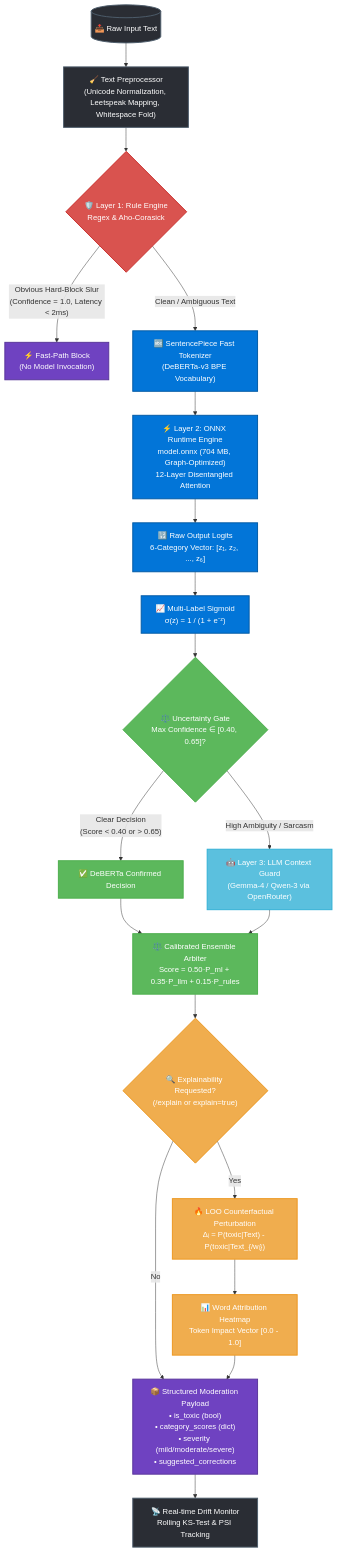
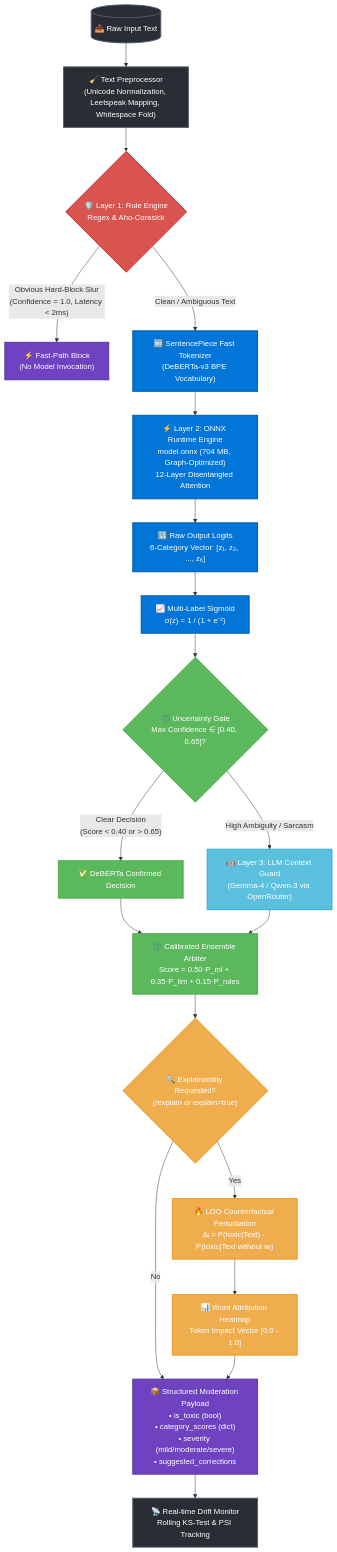
Before and after one commit to wraith-klu/toxiguard-ai: the first of 6 diagrams in README.md, drawn with Mermaid. The commit also changed other lines of this file and 3 other files, not shown here.

Commit message:
docs: add Hugging Face deployment scripts and update README with detailed ML architecture and benchmarks

````diff
--- a/README.md
+++ b/README.md
@@ -110,42 +111,42 @@
 ```mermaid
 flowchart TD
     %% Styling
     classDef inputStyle fill:#2A2D34,stroke:#4E5D6C,stroke-width:2px,color:#FFFFFF;
     classDef ruleStyle fill:#D9534F,stroke:#C9302C,stroke-width:2px,color:#FFFFFF;
     classDef mlStyle fill:#0275D8,stroke:#025AA5,stroke-width:2px,color:#FFFFFF;
     classDef xaiStyle fill:#F0AD4E,stroke:#EC971F,stroke-width:2px,color:#FFFFFF;
     classDef llmStyle fill:#5BC0DE,stroke:#31B0D5,stroke-width:2px,color:#FFFFFF;
     classDef arbiterStyle fill:#5CB85C,stroke:#4CAE4C,stroke-width:2px,color:#FFFFFF;
     classDef outStyle fill:#6F42C1,stroke:#59359A,stroke-width:2px,color:#FFFFFF;
 
     RAW[("📥 Raw Input Text")]:::inputStyle --> PREP["🧹 Text Preprocessor<br/>(Unicode Normalization, Leetspeak Mapping, Whitespace Fold)"]:::inputStyle
 
     PREP --> L1{"🛡️ Layer 1: Rule Engine<br/>Regex & Aho-Corasick"}:::ruleStyle
 
     L1 -- "Obvious Hard-Block Slur<br/>(Confidence = 1.0, Latency < 2ms)" --> FASTOUT["⚡ Fast-Path Block<br/>(No Model Invocation)"]:::outStyle
 
     L1 -- "Clean / Ambiguous Text" --> TOK["🔤 SentencePiece Fast Tokenizer<br/>(DeBERTa-v3 BPE Vocabulary)"]:::mlStyle
 
     TOK --> ONNX["⚡ Layer 2: ONNX Runtime Engine<br/>model.onnx (704 MB, Graph-Optimized)<br/>12-Layer Disentangled Attention"]:::mlStyle
 
     ONNX --> LOGITS["🔢 Raw Output Logits<br/>6-Category Vector: [z₁, z₂, ..., z₆]"]:::mlStyle
     LOGITS --> SIGMOID["📈 Multi-Label Sigmoid<br/>σ(z) = 1 / (1 + e⁻ᶻ)"]:::mlStyle
 
     SIGMOID --> CONF{"⚖️ Uncertainty Gate<br/>Max Confidence ∈ [0.40, 0.65]?"}:::arbiterStyle
 
     CONF -- "Clear Decision<br/>(Score < 0.40 or > 0.65)" --> DIRECT["✅ DeBERTa Confirmed Decision"]:::arbiterStyle
     CONF -- "High Ambiguity / Sarcasm" --> L3["🤖 Layer 3: LLM Context Guard<br/>(Gemma-4 / Qwen-3 via OpenRouter)"]:::llmStyle
 
     DIRECT --> ENSEMBLE["⚖️ Calibrated Ensemble Arbiter<br/>Score = 0.50·P_ml + 0.35·P_llm + 0.15·P_rules"]:::arbiterStyle
     L3 --> ENSEMBLE
 
     ENSEMBLE --> XAI_TRIGGER{"🔍 Explainability Requested?<br/>(/explain or explain=true)"}:::xaiStyle
 
-    XAI_TRIGGER -- "Yes" --> XAI_ENGINE["🔥 LOO Counterfactual Perturbation<br/>Δᵢ = P(toxic|Text) - P(toxic|Text_{/wᵢ})"]:::xaiStyle
+    XAI_TRIGGER -- "Yes" --> XAI_ENGINE["🔥 LOO Counterfactual Perturbation<br/>Δᵢ = P(toxic|Text) - P(toxic|Text without wᵢ)"]:::xaiStyle
     XAI_ENGINE --> HEATMAP["📊 Word Attribution Heatmap<br/>Token Impact Vector [0.0 - 1.0]"]:::xaiStyle
 
     XAI_TRIGGER -- "No" --> FINAL_PAYLOAD
     HEATMAP --> FINAL_PAYLOAD["📦 Structured Moderation Payload<br/>• is_toxic (bool)<br/>• category_scores (dict)<br/>• severity (mild/moderate/severe)<br/>• suggested_corrections"]:::outStyle
 
     FINAL_PAYLOAD --> DRIFT["📡 Real-time Drift Monitor<br/>Rolling KS-Test & PSI Tracking"]:::inputStyle
 ```
````
